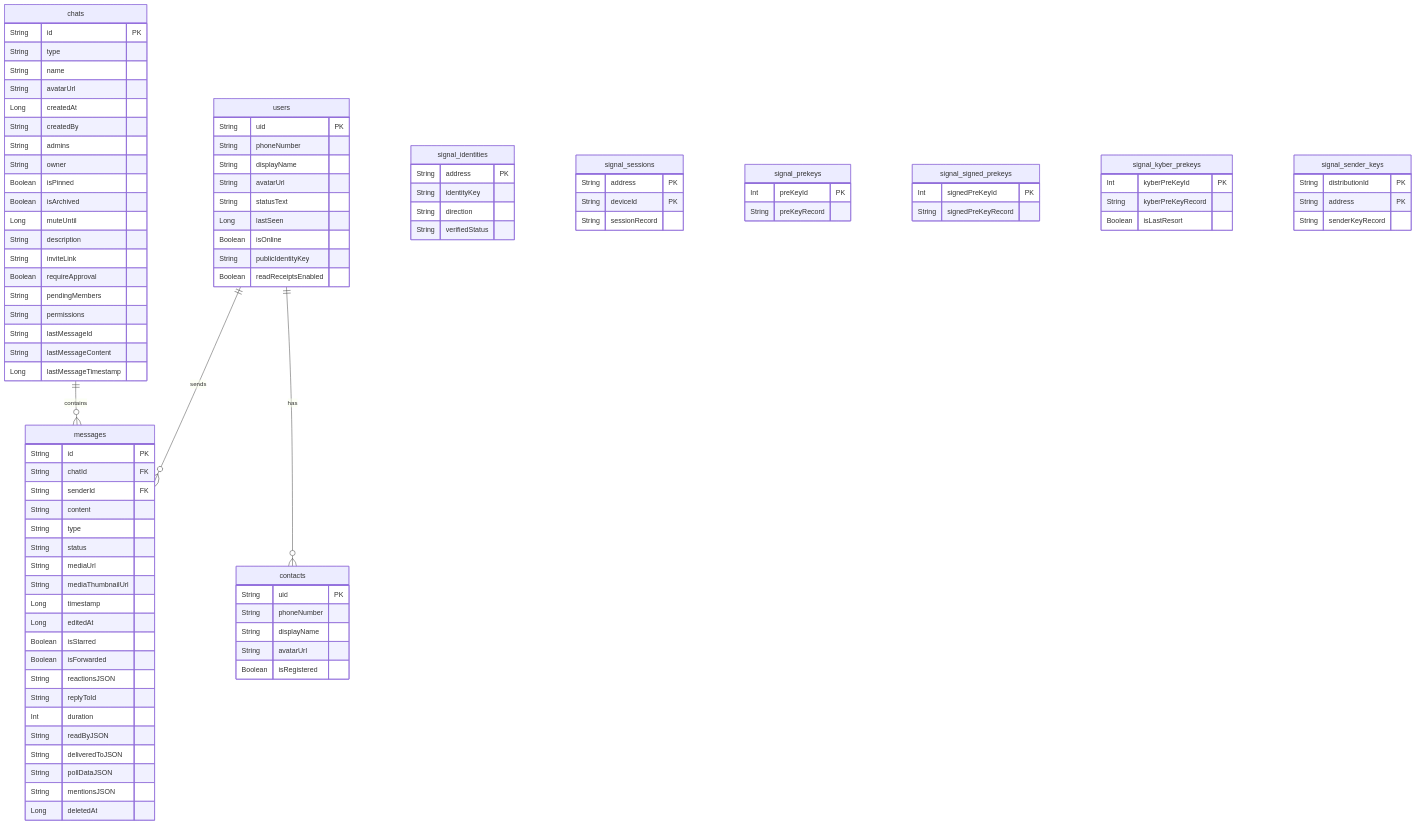
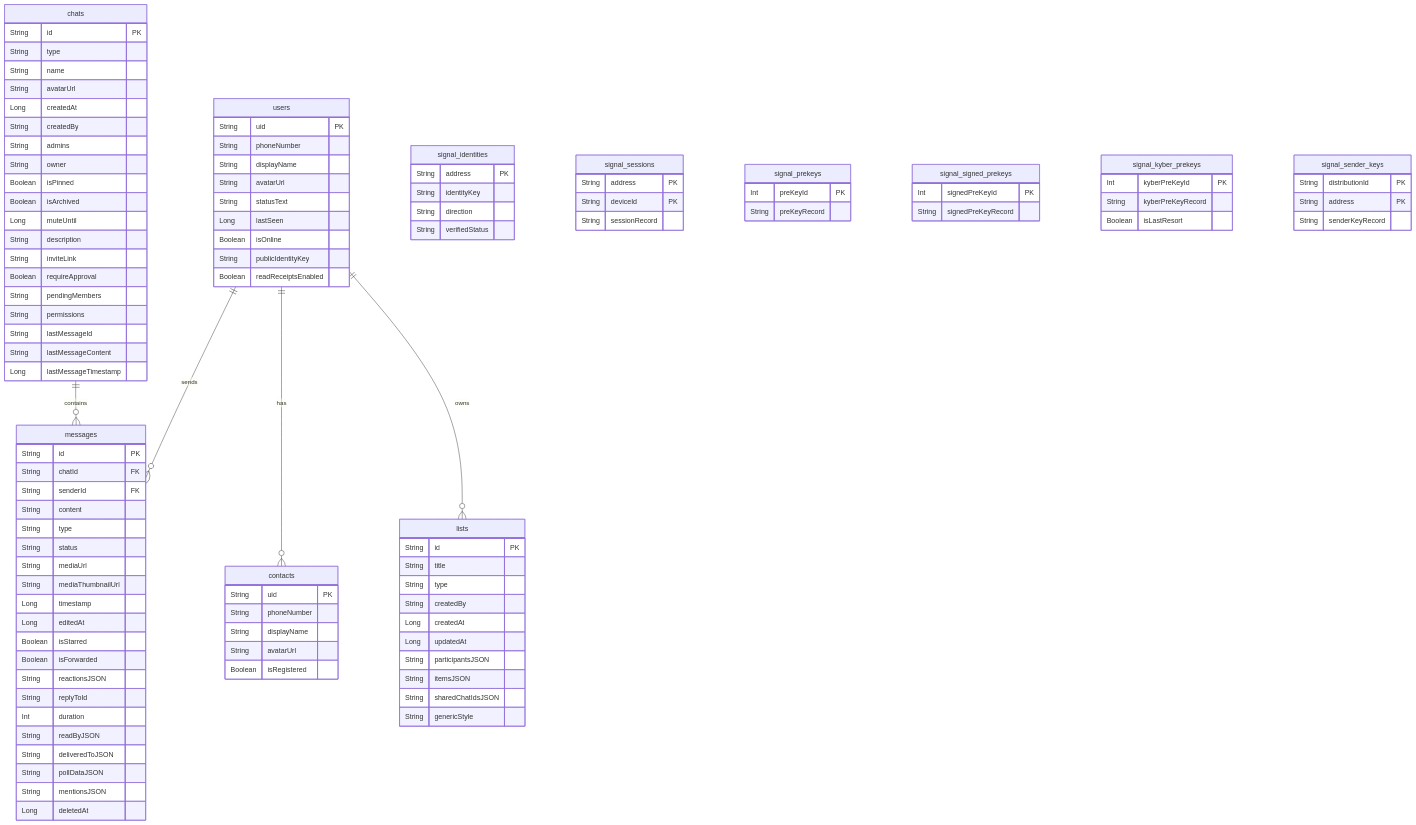
The sixth of 7 diagrams in docs/ARCHITECTURE.md (gomorra/fire-stream-chat), drawn with Mermaid before and after one commit. The commit also changed other lines of this file, not shown here.

Commit message:
docs: update architecture documentation to include shared lists, call logs, and tabbed main navigation

````diff
--- a/docs/ARCHITECTURE.md
+++ b/docs/ARCHITECTURE.md
@@ -387,6 +399,19 @@
         Boolean isRegistered
     }
 
+    lists {
+        String id PK
+        String title
+        String type
+        String createdBy
+        Long createdAt
+        Long updatedAt
+        String participantsJSON
+        String itemsJSON
+        String sharedChatIdsJSON
+        String genericStyle
+    }
+
     signal_identities {
         String address PK
         String identityKey
@@ -425,4 +450,5 @@
     chats ||--o{ messages : "contains"
     users ||--o{ messages : "sends"
     users ||--o{ contacts : "has"
+    users ||--o{ lists : "owns"
 ```
````
